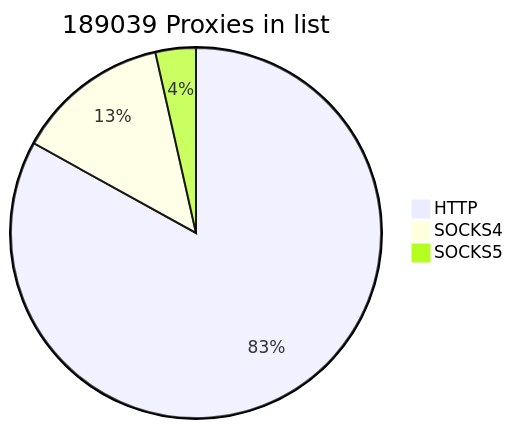
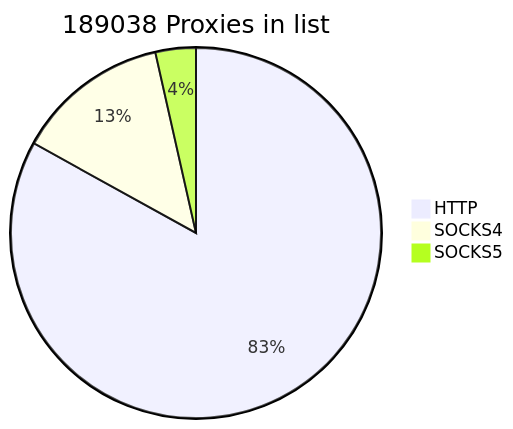
The first of 2 diagrams in README.md (cutipu/proxylist), drawn with Mermaid before and after one commit. The commit also changed other lines of this file, not shown here.

````diff
--- a/README.md
+++ b/README.md
@@ -2,7 +2,7 @@
 ```mermaid
-pie title 189039 Proxies in list
+pie title 189038 Proxies in list
     "HTTP" : 156980
     "SOCKS4" : 25392
-    "SOCKS5" : 6667
+    "SOCKS5" : 6666
             
 ```
````
